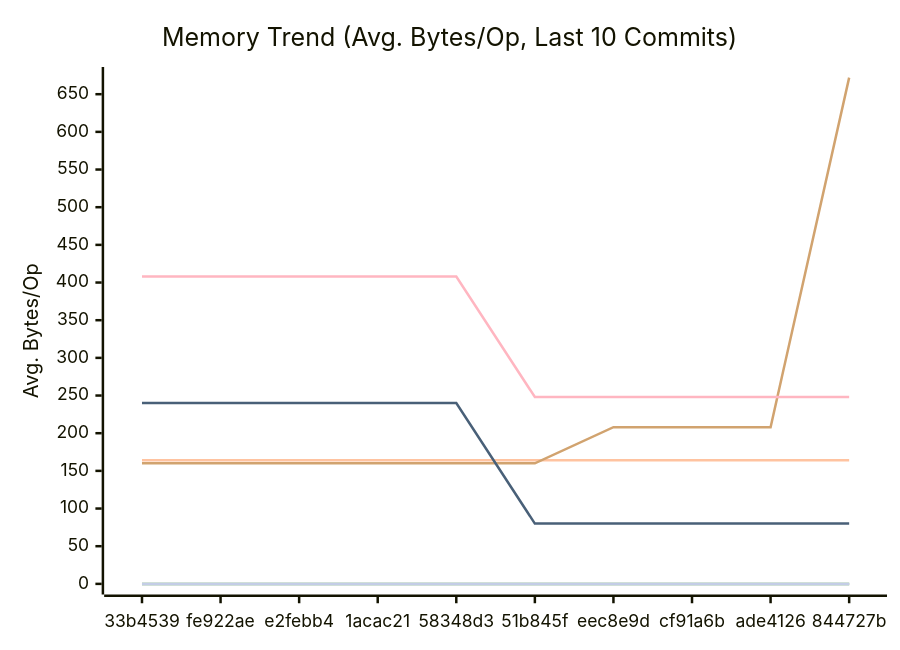
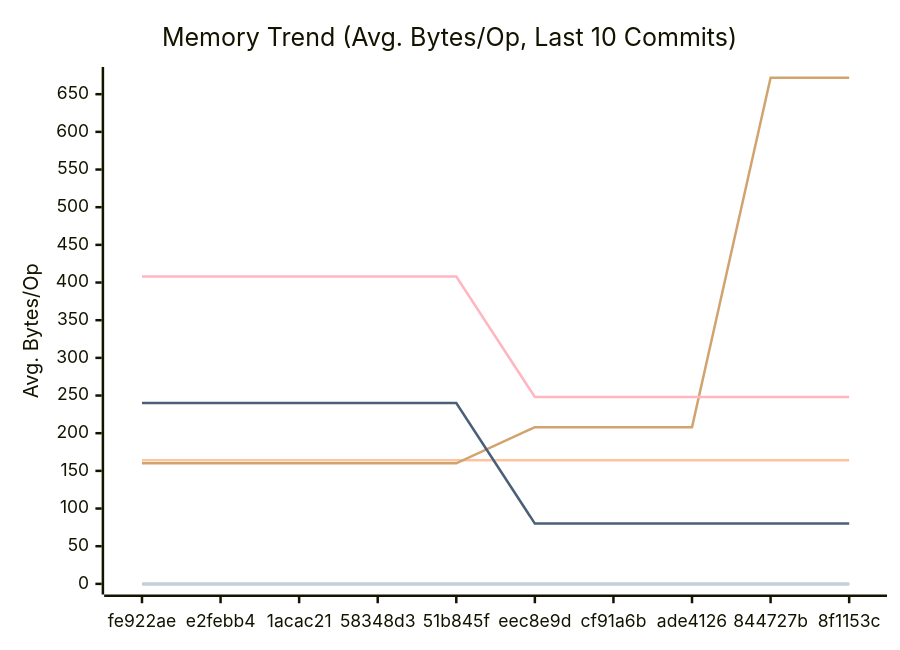
The second of 3 diagrams in docs/PERFORMANCE.md (alsotoes/momo), drawn with Mermaid before and after one commit. The commit also changed other lines of this file and 2 other files, not shown here.

````diff
--- a/docs/PERFORMANCE.md
+++ b/docs/PERFORMANCE.md
@@ -99,16 +97,16 @@
 ```mermaid
 xychart-beta
     title "Memory Trend (Avg. Bytes/Op, Last 10 Commits)"
     x-axis "Commit"
     y-axis "Avg. Bytes/Op"
-    x-axis [33b4539,fe922ae,e2febb4,1acac21,58348d3,51b845f,eec8e9d,cf91a6b,ade4126,844727b]
+    x-axis [fe922ae,e2febb4,1acac21,58348d3,51b845f,eec8e9d,cf91a6b,ade4126,844727b,8f1153c]
     line "CheckMetricsAndSwap" [0,0,0,0,0,0,0,0,0,0]
     line "CrushOptimized" [0,0,0,0,0,0,0,0,0,0]
     line "CrushOriginal" [164,164,164,164,164,164,164,164,164,164]
     line "IndexDirectTracking" [0,0,0,0,0,0,0,0,0,0]
     line "IndexSearch" [0,0,0,0,0,0,0,0,0,0]
-    line "LoadGlobalConfig" [160,160,160,160,160,160,208,208,208,672]
+    line "LoadGlobalConfig" [160,160,160,160,160,208,208,208,672,672]
     line "PadString" [0,0,0,0,0,0,0,0,0,0]
     line "ParseReplicationOrder_NoPrealloc" [408,408,408,408,408,248,248,248,248,248]
     line "ParseReplicationOrder_Prealloc" [240,240,240,240,240,80,80,80,80,80]
 ```
````
